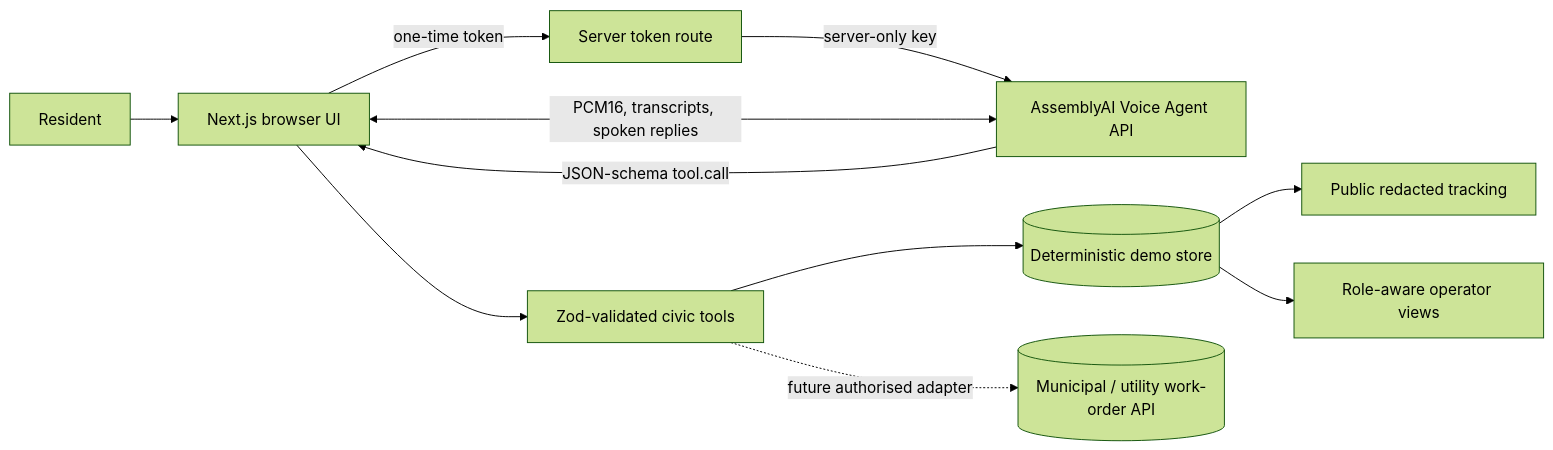
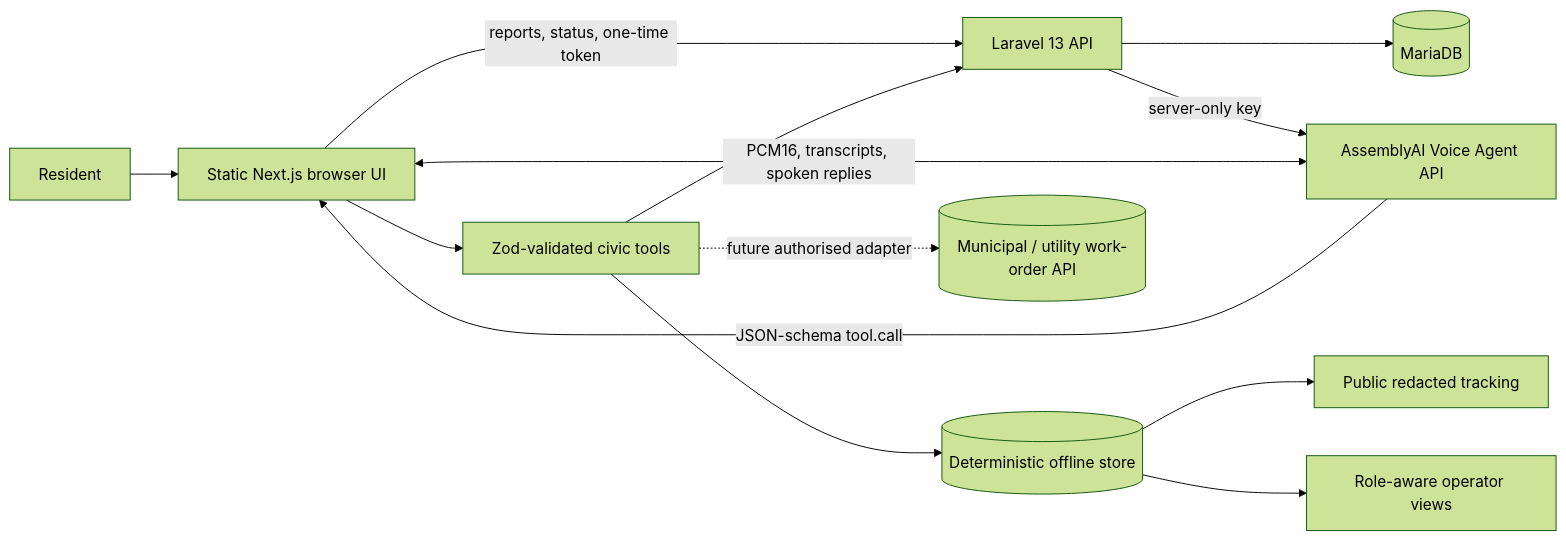
Before and after one commit to SibusisoMashita/fixsa-voice: the diagram in README.md, drawn with Mermaid (forest theme). The commit also changed other lines of this file and 136 other files, not shown here.

````diff
--- a/README.md
+++ b/README.md
@@ -69,13 +69,15 @@
 ```mermaid
 flowchart LR
-  R[Resident] --> UI[Next.js browser UI]
-  UI -->|one-time token| API[Server token route]
+  R[Resident] --> UI[Static Next.js browser UI]
+  UI -->|reports, status, one-time token| API[Laravel 13 API]
+  API --> DB[(MariaDB)]
   API -->|server-only key| AAI[AssemblyAI Voice Agent API]
   UI <-->|PCM16, transcripts, spoken replies| AAI
   AAI -->|JSON-schema tool.call| UI
   UI --> V[Zod-validated civic tools]
-  V --> D[(Deterministic demo store)]
+  V --> D[(Deterministic offline store)]
+  V --> API
   V -. future authorised adapter .-> M[(Municipal / utility work-order API)]
   D --> P[Public redacted tracking]
   D --> O[Role-aware operator views]
 ```
````
